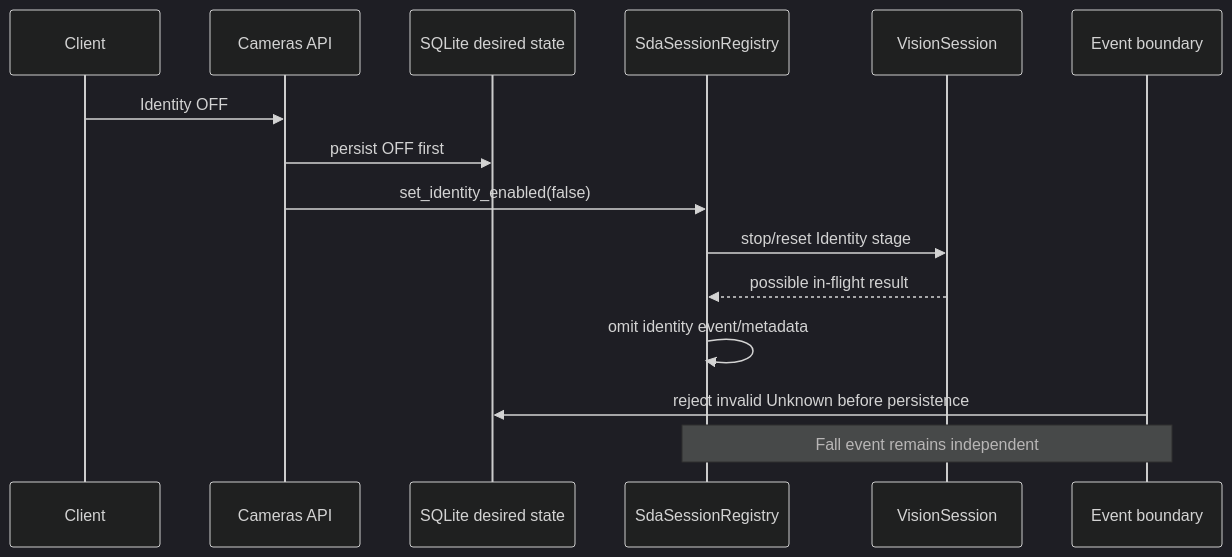
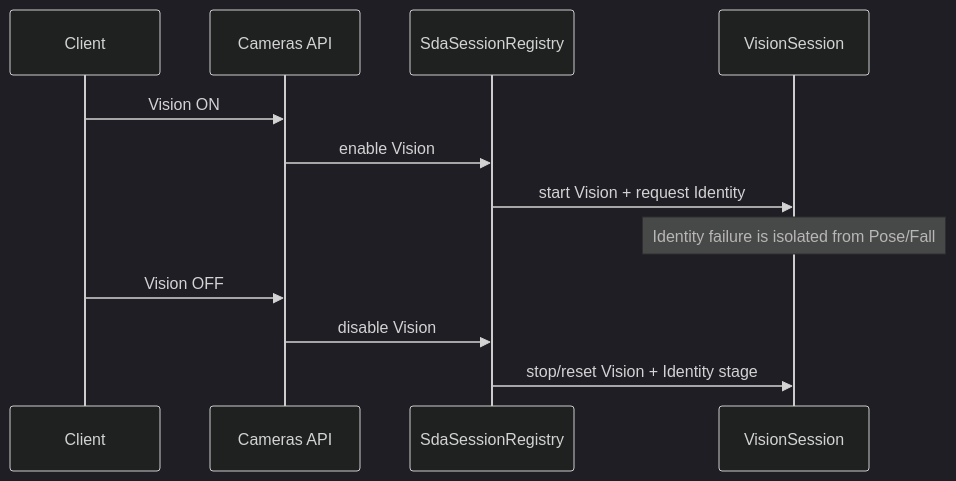
Before and after one commit to daoquocdai/P227: the fifth of 7 diagrams in docs/architecture_diagram.md, drawn with Mermaid (dark theme). The commit also changed other lines of this file and 49 other files, not shown here.

````diff
--- a/docs/architecture_diagram.md
+++ b/docs/architecture_diagram.md
@@ -79,18 +79,15 @@
 ```mermaid
 sequenceDiagram
     participant UI as Client
     participant API as Cameras API
-    participant DB as SQLite desired state
     participant R as SdaSessionRegistry
     participant S as VisionSession
-    participant E as Event boundary
 
-    UI->>API: Identity OFF
-    API->>DB: persist OFF first
-    API->>R: set_identity_enabled(false)
-    R->>S: stop/reset Identity stage
-    S-->>R: possible in-flight result
-    R->>R: omit identity event/metadata
-    E->>DB: reject invalid Unknown before persistence
-    Note over R,E: Fall event remains independent
+    UI->>API: Vision ON
+    API->>R: enable Vision
+    R->>S: start Vision + request Identity
+    Note over S: Identity failure is isolated from Pose/Fall
+    UI->>API: Vision OFF
+    API->>R: disable Vision
+    R->>S: stop/reset Vision + Identity stage
 ```
````
